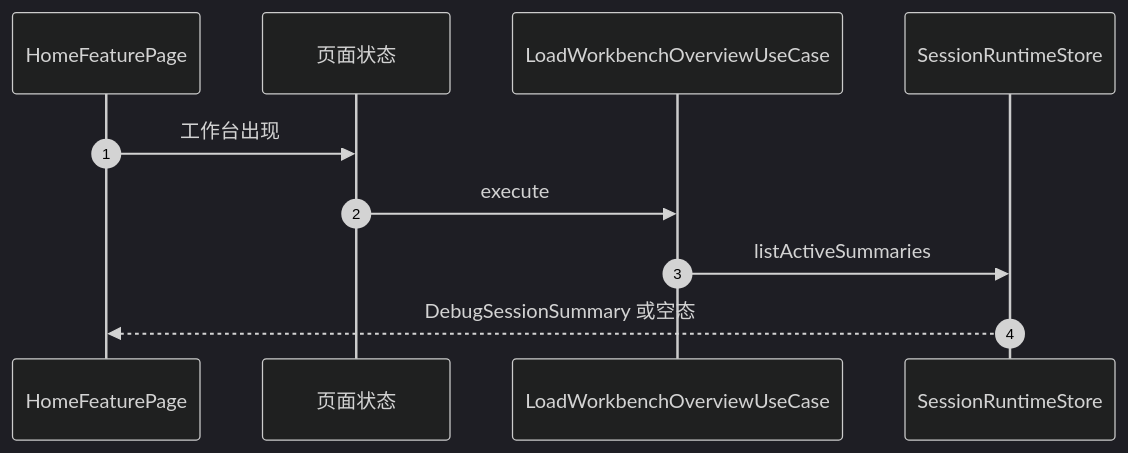
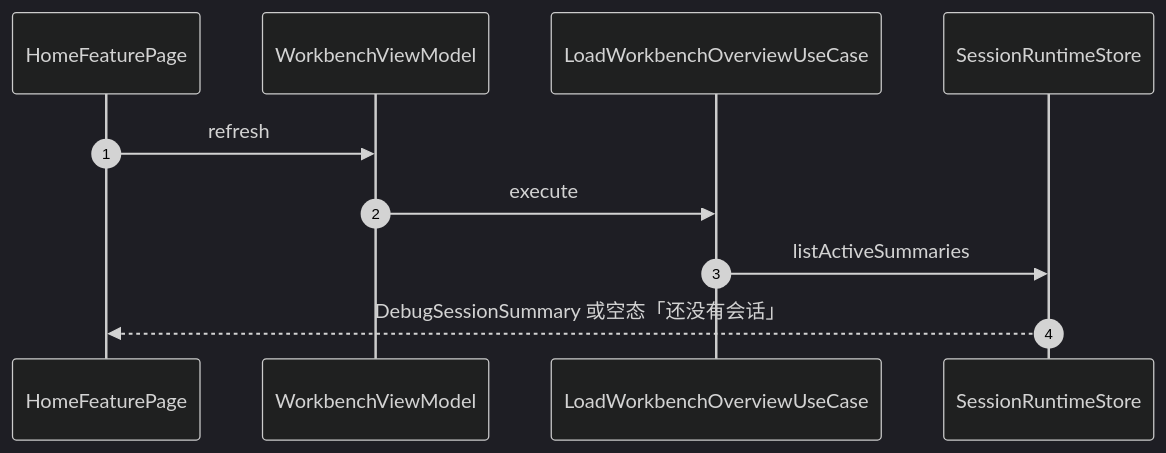
The third of 3 diagrams in docs/goal/architecture/app/APP-005.md (yohurm/HarmonyOS-YoWireTools), drawn with Mermaid (dark theme) before and after one commit. The commit also changed other lines of this file and 91 other files, not shown here.

````diff
--- a/docs/goal/architecture/app/APP-005.md
+++ b/docs/goal/architecture/app/APP-005.md
@@ -124,12 +102,12 @@
 ```mermaid
 sequenceDiagram
   autonumber
   participant Page as HomeFeaturePage
-  participant Vm as 页面状态
+  participant Vm as WorkbenchViewModel
   participant Uc as LoadWorkbenchOverviewUseCase
   participant Store as SessionRuntimeStore
-  Page->>Vm: 工作台出现
+  Page->>Vm: refresh
   Vm->>Uc: execute
   Uc->>Store: listActiveSummaries
-  Store-->>Page: DebugSessionSummary 或空态
+  Store-->>Page: DebugSessionSummary 或空态「还没有会话」
 ```
````
